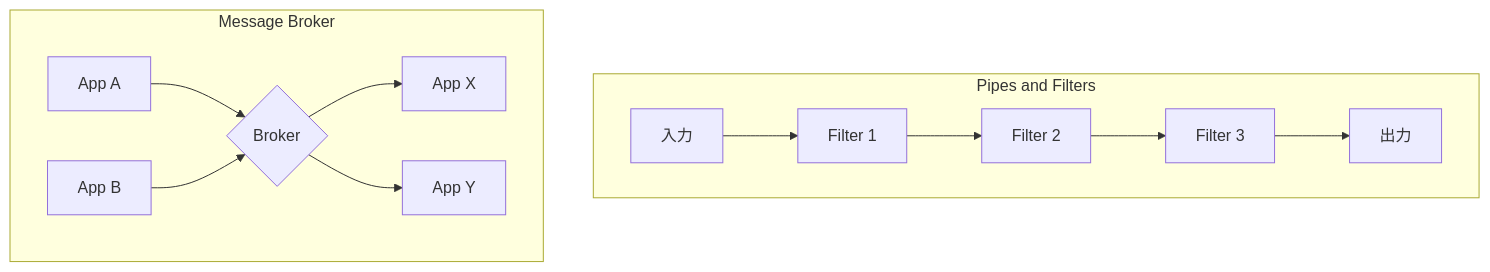
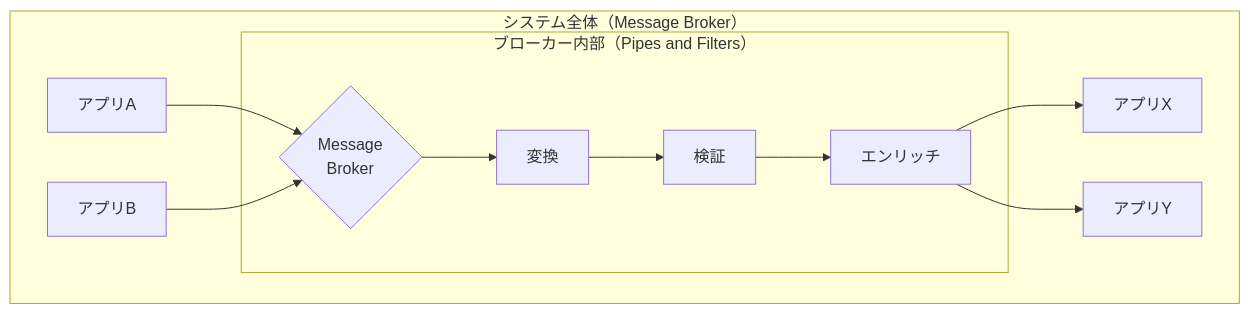
The third of 3 diagrams in content/programming/reactive_messaging_pattern/architectural-routers/index.md (tomoikey/quartz), drawn with Mermaid before and after one commit. The commit also changed other lines of this file and 18 other files, not shown here.

````diff
--- a/content/programming/reactive_messaging_pattern/architectural-routers/index.md
+++ b/content/programming/reactive_messaging_pattern/architectural-routers/index.md
@@ -15,13 +123,16 @@
 ```mermaid
 graph TB
-    subgraph "Pipes and Filters"
-        PF_IN[入力] --> PF_F1[Filter 1] --> PF_F2[Filter 2] --> PF_F3[Filter 3] --> PF_OUT[出力]
-    end
+    subgraph "システム全体（Message Broker）"
+        A[アプリA] --> MB{Message<br/>Broker}
+        B[アプリB] --> MB
 
-    subgraph "Message Broker"
-        MB_A[App A] --> MB_HUB{Broker}
-        MB_B[App B] --> MB_HUB
-        MB_HUB --> MB_X[App X]
-        MB_HUB --> MB_Y[App Y]
+        subgraph "ブローカー内部（Pipes and Filters）"
+            MB --> F1[変換]
+            F1 --> F2[検証]
+            F2 --> F3[エンリッチ]
+        end
+
+        F3 --> X[アプリX]
+        F3 --> Y[アプリY]
     end
 ```
````
